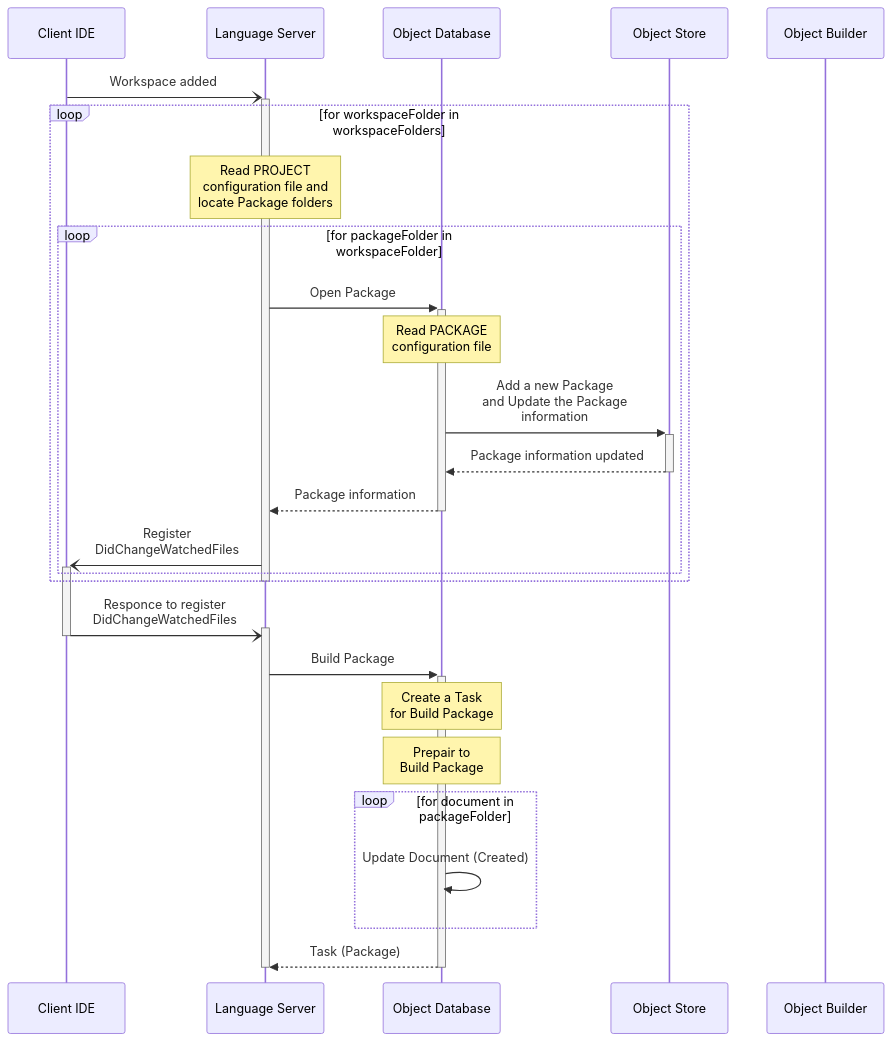
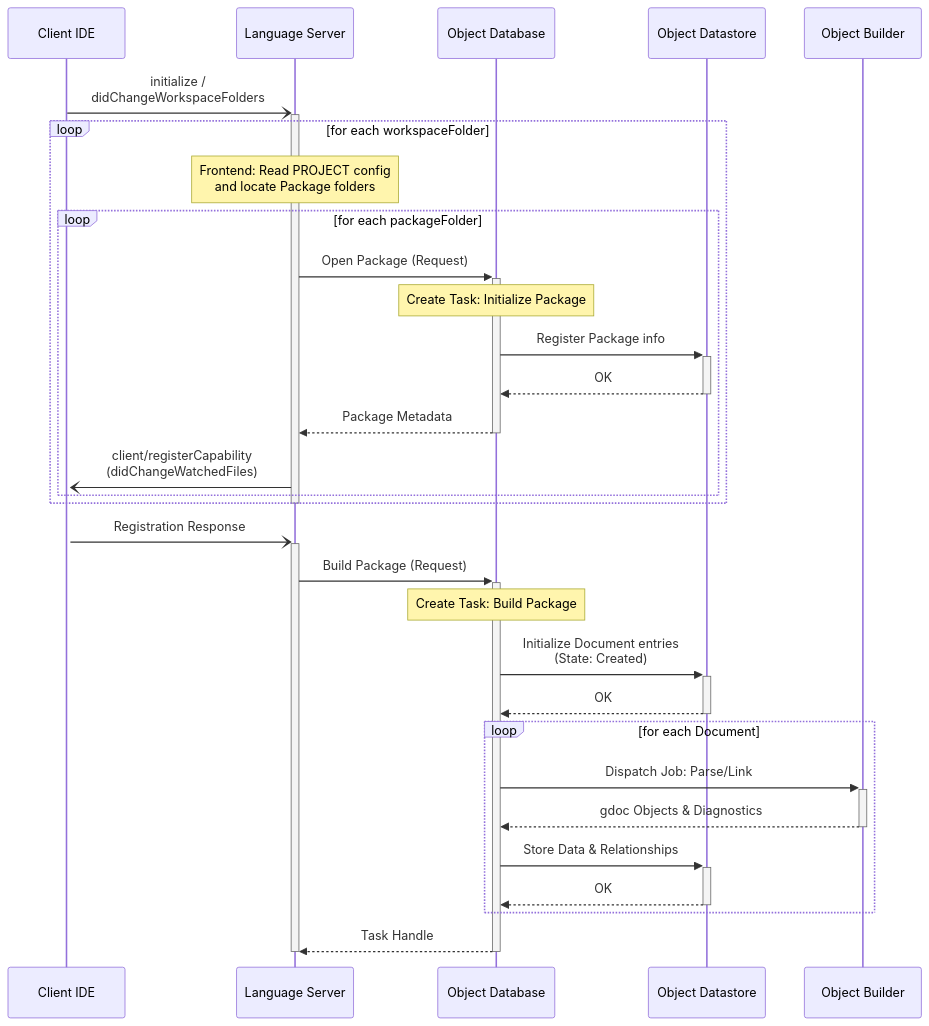
Before and after one commit to tyskdm/gdoc: the first of 7 diagrams in docs/ArchitecturalDesign/gdocServer/gdocServer.md, drawn with Mermaid. The commit also changed other lines of this file, not shown here.

Commit message:
docs: Revise gdoc Server architecture documentation to enhance clarity and structure of LSP behavior sequences

````diff
--- a/docs/ArchitecturalDesign/gdocServer/gdocServer.md
+++ b/docs/ArchitecturalDesign/gdocServer/gdocServer.md
@@ -184,33 +212,36 @@
 ```mermaid
 sequenceDiagram
   participant IDE as Client IDE
   participant LS as Language Server
   participant ODB as Object Database
-  participant OBJ as Object Store
+  participant OBJ as Object Datastore
   participant BLD as Object Builder
 
-  IDE -) +LS: Workspace added
-    Loop for workspaceFolder in workspaceFolders
-      Note over LS: Read PROJECT<br>configuration file and<br>locate Package folders
-      Loop for packageFolder in workspaceFolder
-        LS ->> +ODB: Open Package
-          Note over ODB: Read PACKAGE<br>configuration file
-            ODB ->> +OBJ: Add a new Package<br>and Update the Package<br>information
-            OBJ -->> -ODB: Package information updated
-        ODB -->> -LS: Package information
-        LS -) +IDE: Register<br>DidChangeWatchedFiles
+  IDE -) +LS: initialize /<br>didChangeWorkspaceFolders
+    Loop for each workspaceFolder
+      Note over LS: Frontend: Read PROJECT config<br/>and locate Package folders
+      Loop for each packageFolder
+        LS ->> +ODB: Open Package (Request)
+          Note over ODB: Create Task: Initialize Package
+          ODB ->> +OBJ: Register Package info
+          OBJ -->> -ODB: OK
+          ODB -->> -LS: Package Metadata
+        LS -) +IDE: client/registerCapability<br>(didChangeWatchedFiles)
       end
     end
   deactivate LS
-  %%
-  IDE -) +LS: Responce to register<br>DidChangeWatchedFiles
-    deactivate IDE
-    LS ->> +ODB: Build Package
-      Note over ODB: Create a Task<br>for Build Package
-      Note over ODB: Prepair to<br>Build Package
-      Loop for document in packageFolder
-        ODB ->> ODB: Update Document (Created)
+
+  IDE -) +LS: Registration Response
+    LS ->> +ODB: Build Package (Request)
+      Note over ODB: Create Task: Build Package
+      ODB ->> +OBJ: Initialize Document entries<br>(State: Created)
+      OBJ -->> -ODB: OK
+      Loop for each Document
+        ODB ->> +BLD: Dispatch Job: Parse/Link
+        BLD -->> -ODB: gdoc Objects & Diagnostics
+        ODB ->> +OBJ: Store Data & Relationships
+        OBJ -->> -ODB: OK
       end
-     ODB -->> -LS: Task (Package)
+      ODB -->> -LS: Task Handle
   deactivate LS
 ```
````
